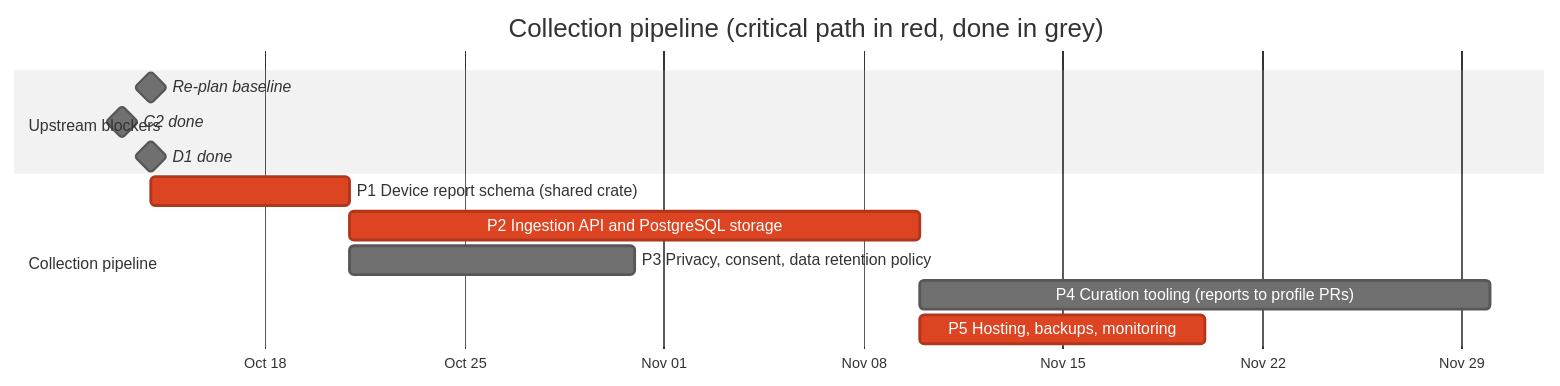
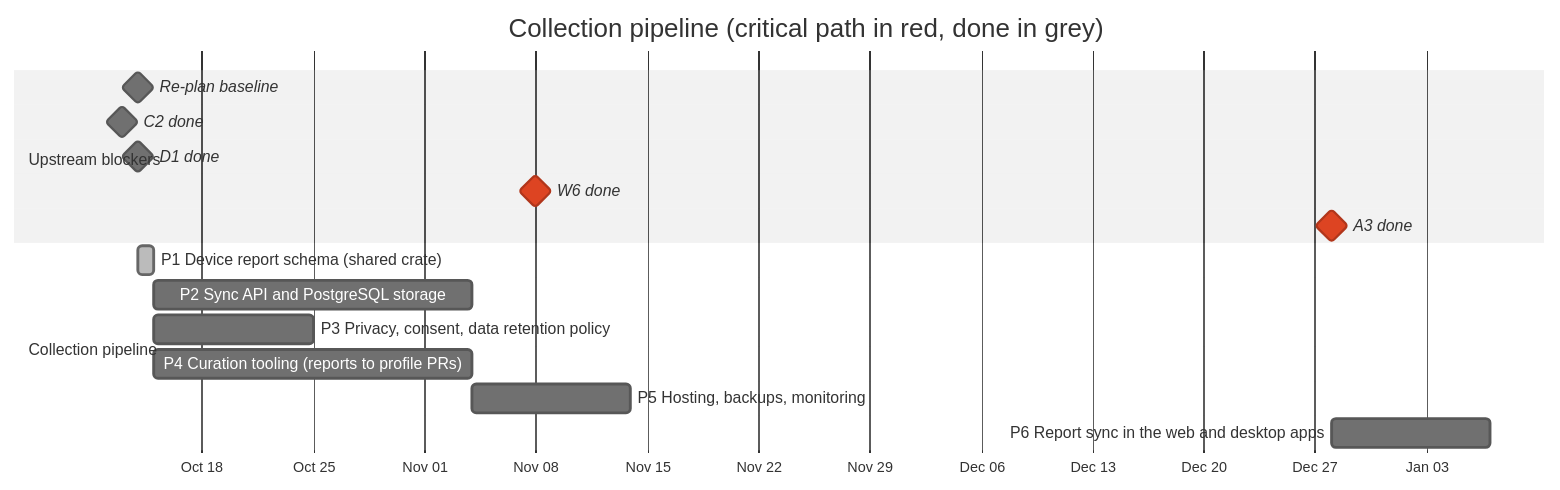
Before and after one commit to anygamepad/anygamepad.github.io: the diagram in ROADMAP/2026-10-14/03-collection-pipeline.md, drawn with Mermaid (neutral theme). The commit also changed other lines of this file and 7 other files, not shown here.

First line of the commit message:
Roadmap 2026-10-14: re-plan around ADR 0007, P1 done

````diff
--- a/ROADMAP/2026-10-14/03-collection-pipeline.md
+++ b/ROADMAP/2026-10-14/03-collection-pipeline.md
@@ -8,16 +12,19 @@
 ```mermaid
 gantt
     dateFormat YYYY-MM-DD
     axisFormat %b %d
     title Collection pipeline (critical path in red, done in grey)
     section Upstream blockers
     Re-plan baseline :milestone, t0, 2026-10-14, 0d
     C2 done :milestone, c2, 2026-10-13, 0d
     D1 done :milestone, d1, 2026-10-14, 0d
+    W6 done :milestone, crit, w6, 2026-11-08, 0d
+    A3 done :milestone, crit, a3, 2026-12-28, 0d
     section Collection pipeline
-    P1 Device report schema (shared crate) :crit, p1, after c2 d1 t0, 7d
-    P2 Ingestion API and PostgreSQL storage :crit, p2, after p1, 20d
-    P3 Privacy, consent, data retention policy :p3, after p1, 10d
-    P4 Curation tooling (reports to profile PRs) :p4, after p2 d1, 20d
-    P5 Hosting, backups, monitoring :crit, p5, after p2, 10d
+    P1 Device report schema (shared crate) :done, p1, 2026-10-14, 1d
+    P2 Sync API and PostgreSQL storage :p2, after p1 t0, 20d
+    P3 Privacy, consent, data retention policy :p3, after p1 t0, 10d
+    P4 Curation tooling (reports to profile PRs) :p4, after p1 d1 t0, 20d
+    P5 Hosting, backups, monitoring :p5, after p2, 10d
+    P6 Report sync in the web and desktop apps :p6, after p2 w6 a3, 10d
 ```
````
